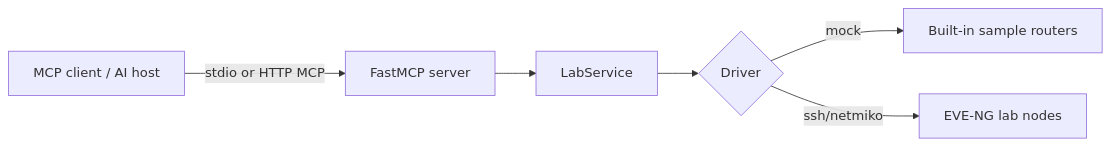
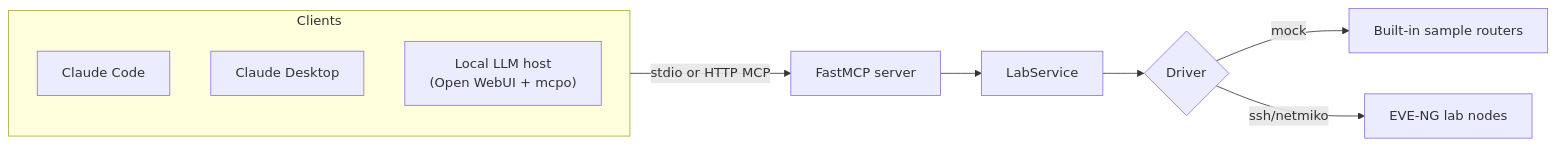
The diagram in README.md (E-Conners-Lab/Packet-Coders-Demo), drawn with Mermaid before and after one commit. The commit also changed other lines of this file and 1 other file, not shown here.

First line of the commit message:
docs: capture lab topology and multi-client setup

````diff
--- a/README.md
+++ b/README.md
@@ -20,8 +21,13 @@
 ```mermaid
 flowchart LR
-    A["MCP client / AI host"] -->|stdio or HTTP MCP| B["FastMCP server"]
+    subgraph Clients
+      CC["Claude Code"]
+      CD["Claude Desktop"]
+      LOCAL["Local LLM host<br/>(Open WebUI + mcpo)"]
+    end
+    Clients -->|stdio or HTTP MCP| B["FastMCP server"]
     B --> C["LabService"]
     C --> D{"Driver"}
     D -->|mock| E["Built-in sample routers"]
     D -->|ssh/netmiko| F["EVE-NG lab nodes"]
 ```
````
